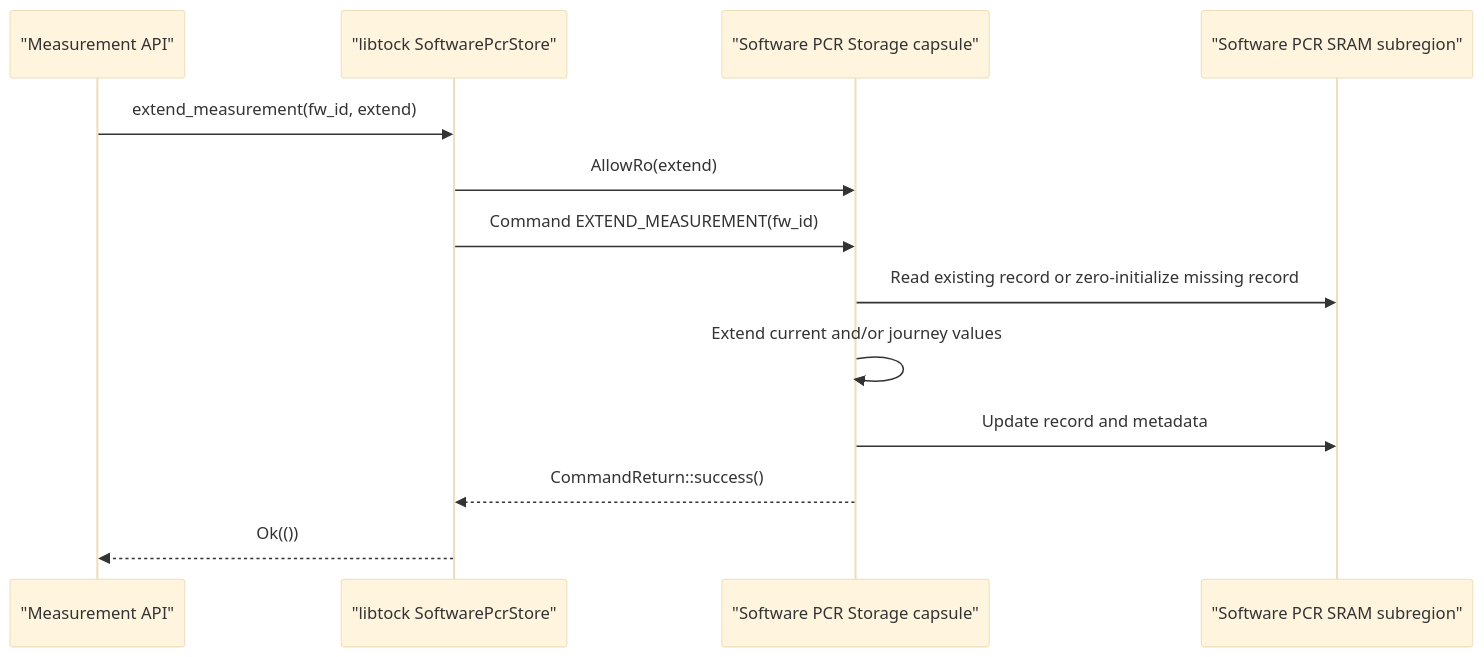
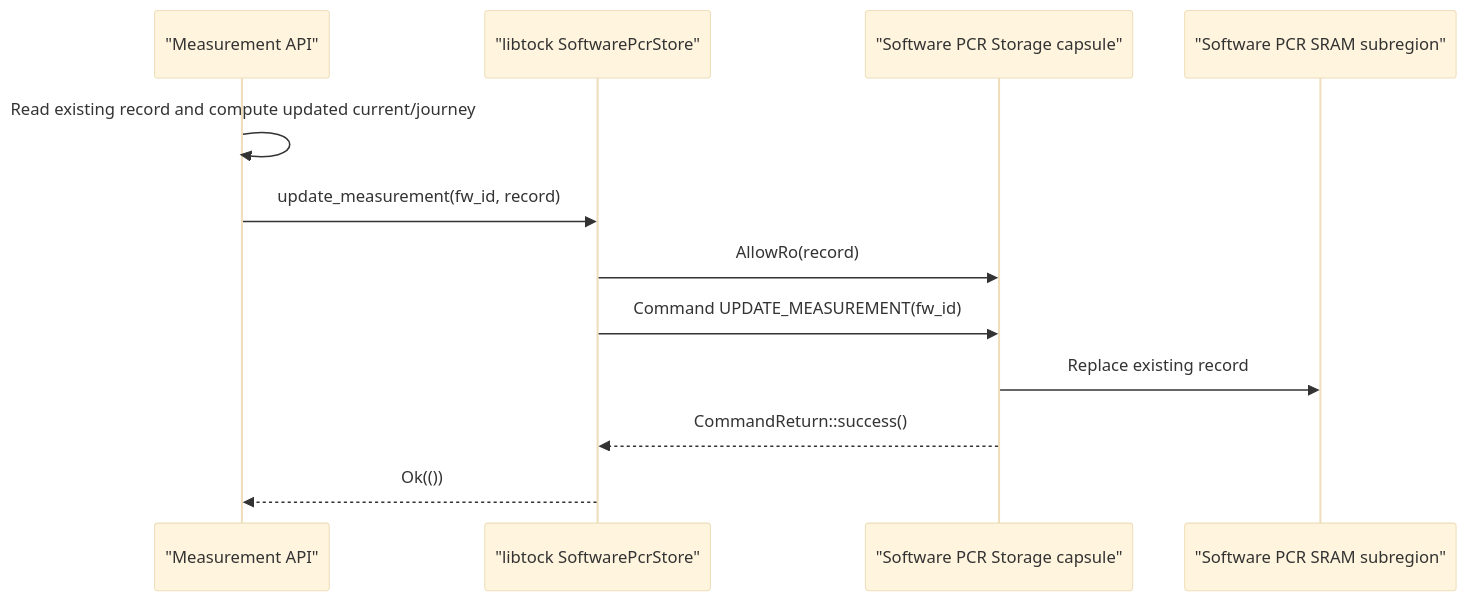
One commit to chipsalliance/caliptra-mcu-sw changed the third of 4 diagrams in docs/src/attestation-tock-capsules.md. Above: the diagram before and after it, drawn with Mermaid (base theme). The commit also changed other lines of this file and 2 other files, not shown here.

````diff
--- a/docs/src/attestation-tock-capsules.md
+++ b/docs/src/attestation-tock-capsules.md
@@ -322,16 +348,15 @@
 ```mermaid
 sequenceDiagram
     participant MApi as "Measurement API"
     participant Lib as "libtock SoftwarePcrStore"
     participant Cap as "Software PCR Storage capsule"
     participant Sram as "Software PCR SRAM subregion"
 
-    MApi->>Lib: extend_measurement(fw_id, extend)
-    Lib->>Cap: AllowRo(extend)
-    Lib->>Cap: Command EXTEND_MEASUREMENT(fw_id)
-    Cap->>Sram: Read existing record or zero-initialize missing record
-    Cap->>Cap: Extend current and/or journey values
-    Cap->>Sram: Update record and metadata
+    MApi->>MApi: Read existing record and compute updated current/journey
+    MApi->>Lib: update_measurement(fw_id, record)
+    Lib->>Cap: AllowRo(record)
+    Lib->>Cap: Command UPDATE_MEASUREMENT(fw_id)
+    Cap->>Sram: Replace existing record
     Cap-->>Lib: CommandReturn::success()
     Lib-->>MApi: Ok(())
 ```
````
